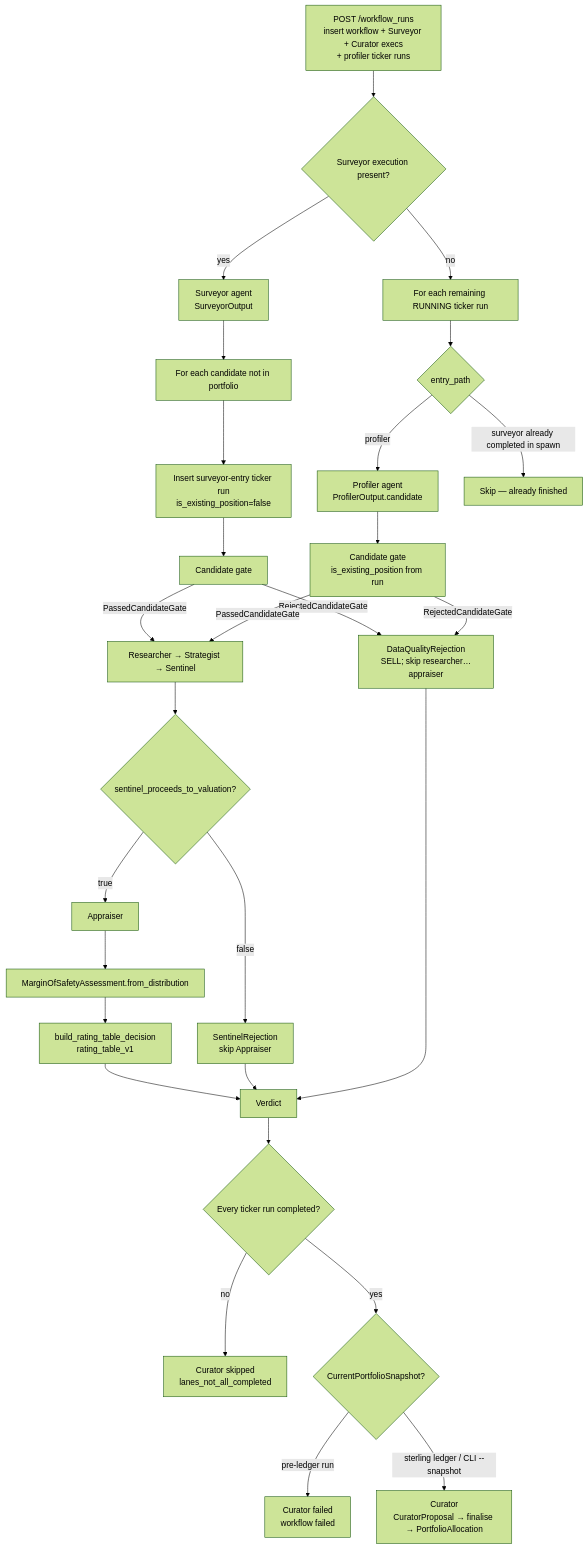
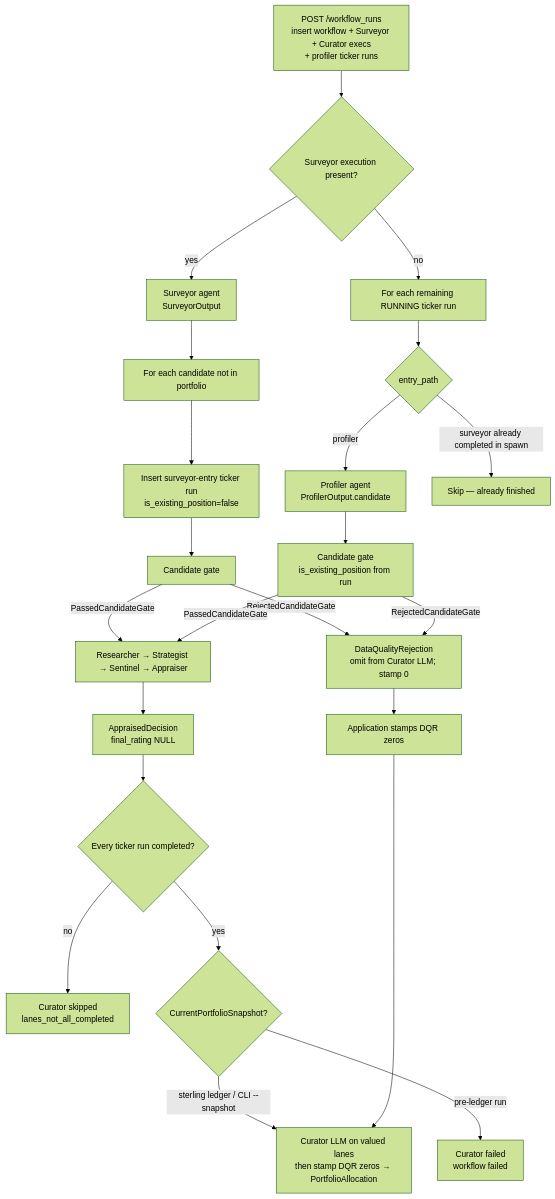
Before and after one commit to Samuel-Harris/discount-analyst: the diagram in current_workflow.md, drawn with Mermaid (forest theme). The commit also changed other lines of this file and 82 other files, not shown here.

````diff
--- a/current_workflow.md
+++ b/current_workflow.md
@@ -45,34 +55,29 @@
 ```mermaid
 flowchart TD
   create["POST /workflow_runs<br/>insert workflow + Surveyor + Curator execs<br/>+ profiler ticker runs"] --> surveyor{"Surveyor execution present?"}
 
   surveyor -->|no| profilerLoop["For each remaining RUNNING ticker run"]
   surveyor -->|yes| surveyorAgent["Surveyor agent<br/>SurveyorOutput"]
   surveyorAgent --> discover["For each candidate not in portfolio"]
   discover --> spawn["Insert surveyor-entry ticker run<br/>is_existing_position=false"]
   spawn --> gateS["Candidate gate"]
 
   profilerLoop --> path{"entry_path"}
   path -->|profiler| profilerAgent["Profiler agent<br/>ProfilerOutput.candidate"]
   path -->|surveyor already completed in spawn| skip["Skip — already finished"]
   profilerAgent --> gateP["Candidate gate<br/>is_existing_position from run"]
 
-  gateS -->|RejectedCandidateGate| dqr["DataQualityRejection<br/>SELL; skip researcher…appraiser"]
+  gateS -->|RejectedCandidateGate| dqr["DataQualityRejection<br/>omit from Curator LLM; stamp 0"]
   gateP -->|RejectedCandidateGate| dqr
-  gateS -->|PassedCandidateGate| lane["Researcher → Strategist → Sentinel"]
+  gateS -->|PassedCandidateGate| lane["Researcher → Strategist → Sentinel → Appraiser"]
   gateP -->|PassedCandidateGate| lane
 
-  lane --> sentGate{"sentinel_proceeds_to_valuation?"}
-  sentGate -->|false| sr["SentinelRejection<br/>skip Appraiser"]
-  sentGate -->|true| app["Appraiser"]
-  app --> mos["MarginOfSafetyAssessment.from_distribution"]
-  mos --> table["build_rating_table_decision<br/>rating_table_v1"]
-  table --> verdict["Verdict"]
-  sr --> verdict
-  dqr --> verdict
-  verdict --> lanesDone{"Every ticker run completed?"}
+  lane --> appraised["AppraisedDecision<br/>final_rating NULL"]
+  dqr --> stamp["Application stamps DQR zeros"]
+  appraised --> lanesDone{"Every ticker run completed?"}
   lanesDone -->|no| skipAlloc["Curator skipped<br/>lanes_not_all_completed"]
   lanesDone -->|yes| snap{"CurrentPortfolioSnapshot?"}
   snap -->|pre-ledger run| failAlloc["Curator failed<br/>workflow failed"]
-  snap -->|sterling ledger / CLI --snapshot| alloc["Curator<br/>CuratorProposal → finalise → PortfolioAllocation"]
+  snap -->|sterling ledger / CLI --snapshot| alloc["Curator LLM on valued lanes<br/>then stamp DQR zeros → PortfolioAllocation"]
+  stamp --> alloc
 ```
````
